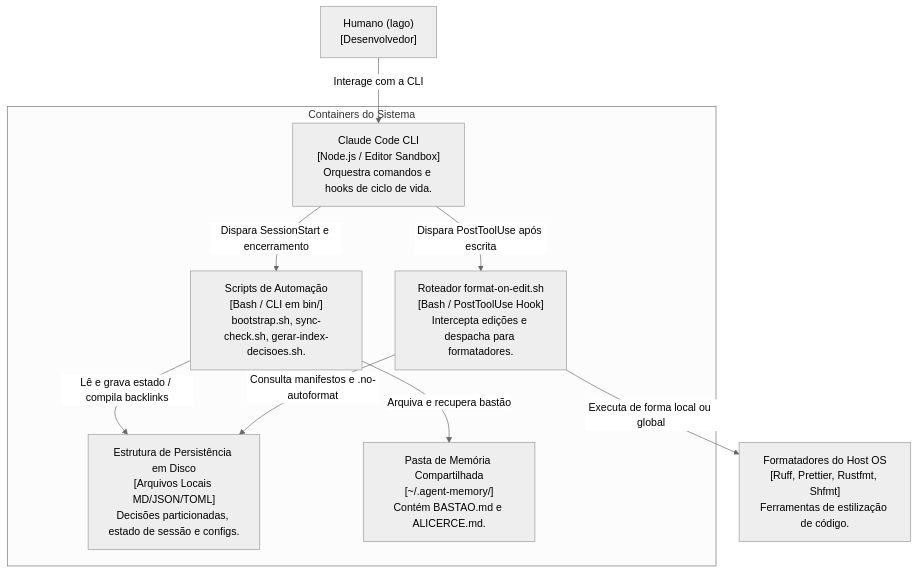
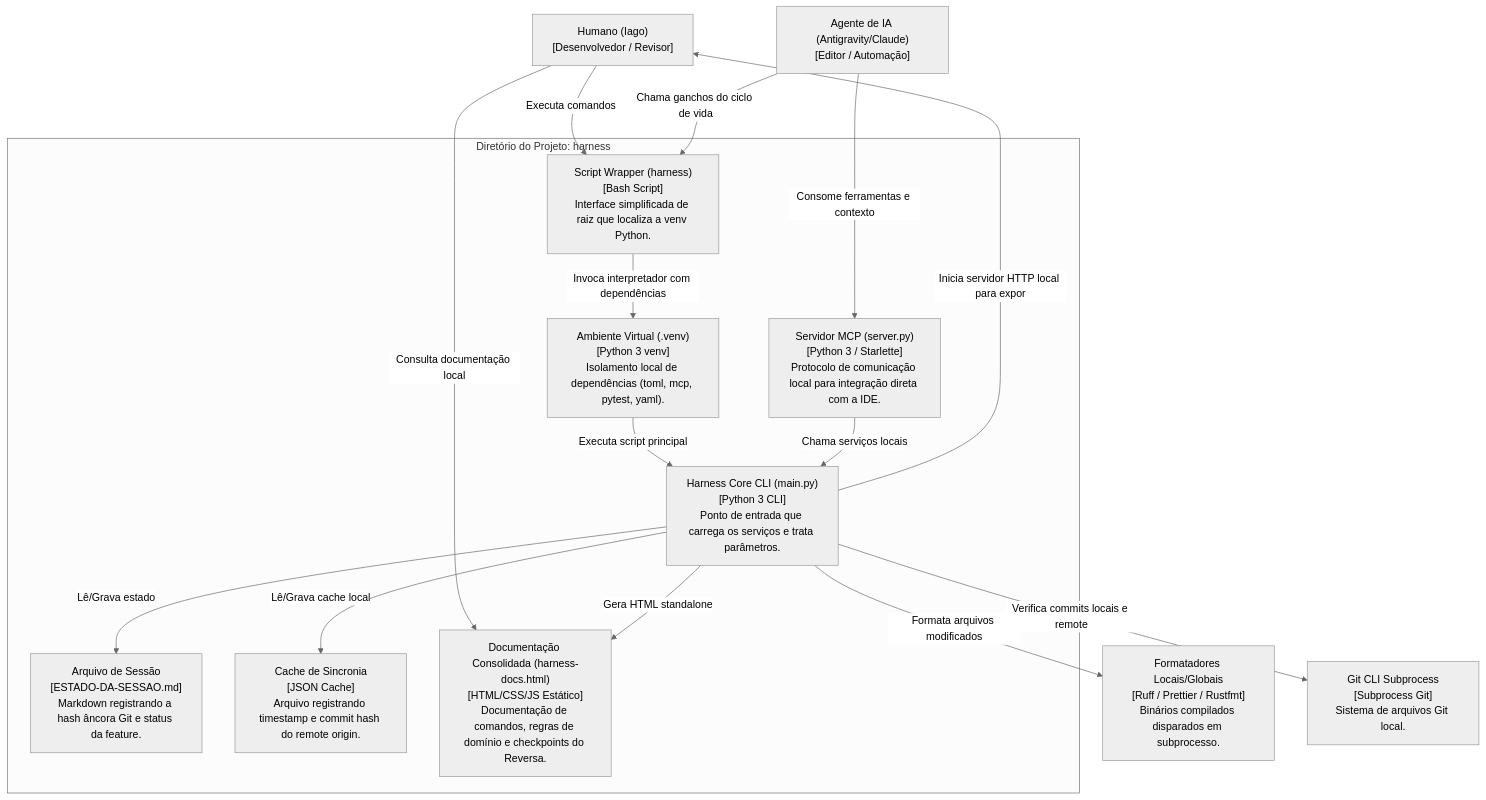
Before and after one commit to iago-leal/harness-config: the diagram in _reversa_sdd/c4-containers.md, drawn with Mermaid (neutral theme). The commit also changed other lines of this file and 47 other files, not shown here.

````diff
--- a/_reversa_sdd/c4-containers.md
+++ b/_reversa_sdd/c4-containers.md
@@ -10,32 +10,47 @@
 ```mermaid
 graph TB
     %% Atores
-    User["Humano (Iago)<br/>[Desenvolvedor]"]
-    
-    %% Containers
-    subgraph harness_containers [Containers do Sistema]
-        ClaudeCLI["Claude Code CLI<br/>[Node.js / Editor Sandbox]<br/>Orquestra comandos e hooks de ciclo de vida."]
+    User["Humano (Iago)<br/>[Desenvolvedor / Revisor]"]
+    IA_Agent["Agente de IA (Antigravity/Claude)<br/>[Editor / Automação]"]
+
+    subgraph ProjectRoot [Diretório do Projeto: harness]
+        %% Containers Lógicos
+        Wrapper["Script Wrapper (harness)<br/>[Bash Script]<br/>Interface simplificada de raiz que localiza a venv Python."]
         
-        AutomationScripts["Scripts de Automação<br/>[Bash / CLI em bin/]<br/>bootstrap.sh, sync-check.sh, gerar-index-decisoes.sh."]
+        Venv["Ambiente Virtual (.venv)<br/>[Python 3 venv]<br/>Isolamento local de dependências (toml, mcp, pytest, yaml)."]
         
-        FormatterHook["Roteador format-on-edit.sh<br/>[Bash / PostToolUse Hook]<br/>Intercepta edições e despacha para formatadores."]
+        CoreCLI["Harness Core CLI (main.py)<br/>[Python 3 CLI]<br/>Ponto de entrada que carrega os serviços e trata parâmetros."]
         
-        DiskState["Estrutura de Persistência em Disco<br/>[Arquivos Locais MD/JSON/TOML]<br/>Decisões particionadas, estado de sessão e configs."]
+        MCPServer["Servidor MCP (server.py)<br/>[Python 3 / Starlette]<br/>Protocolo de comunicação local para integração direta com a IDE."]
         
-        SharedMemory["Pasta de Memória Compartilhada<br/>[~/.agent-memory/]<br/>Contém BASTAO.md e ALICERCE.md."]
+        %% Armazenamento / Visualização
+        SessionFile["Arquivo de Sessão<br/>[ESTADO-DA-SESSAO.md]<br/>Markdown registrando a hash âncora Git e status da feature."]
+        
+        CacheFile["Cache de Sincronia<br/>[JSON Cache]<br/>Arquivo registrando timestamp e commit hash do remote origin."]
+
+        DocHTML["Documentação Consolidada (harness-docs.html)<br/>[HTML/CSS/JS Estático]<br/>Documentação de comandos, regras de domínio e checkpoints do Reversa."]
     end
 
-    %% Relações Externas e Atores
-    User -->|Interage com a CLI| ClaudeCLI
-    ClaudeCLI -->|Dispara SessionStart e encerramento| AutomationScripts
-    ClaudeCLI -->|Dispara PostToolUse após escrita| FormatterHook
-    
-    %% Comunicação Interna
-    AutomationScripts -->|Lê e grava estado / compila backlinks| DiskState
-    FormatterHook -->|Consulta manifestos e .no-autoformat| DiskState
-    AutomationScripts -->|Arquiva e recupera bastão| SharedMemory
-    
-    %% Interação com Host OS (Formatadores)
-    FormatterOS["Formatadores do Host OS<br/>[Ruff, Prettier, Rustfmt, Shfmt]<br/>Ferramentas de estilização de código."]
-    FormatterHook -->|Executa de forma local ou global| FormatterOS
+    %% Integrações do Host
+    Formatters["Formatadores Locais/Globais<br/>[Ruff / Prettier / Rustfmt]<br/>Binários compilados disparados em subprocesso."]
+    GitCli["Git CLI Subprocess<br/>[Subprocess Git]<br/>Sistema de arquivos Git local."]
+
+    %% Fluxos Humano
+    User -->|Executa comandos| Wrapper
+    User -->|Consulta documentação local| DocHTML
+    Wrapper -->|Invoca interpretador com dependências| Venv
+    Venv -->|Executa script principal| CoreCLI
+
+    %% Fluxos IA
+    IA_Agent -->|Chama ganchos do ciclo de vida| Wrapper
+    IA_Agent -->|Consome ferramentas e contexto| MCPServer
+    MCPServer -->|Chama serviços locais| CoreCLI
+
+    %% Fluxos do Core CLI
+    CoreCLI -->|Lê/Grava estado| SessionFile
+    CoreCLI -->|Lê/Grava cache local| CacheFile
+    CoreCLI -->|Formata arquivos modificados| Formatters
+    CoreCLI -->|Verifica commits locais e remote| GitCli
+    CoreCLI -->|Gera HTML standalone| DocHTML
+    CoreCLI -->|Inicia servidor HTTP local para expor| User
 ```
````
